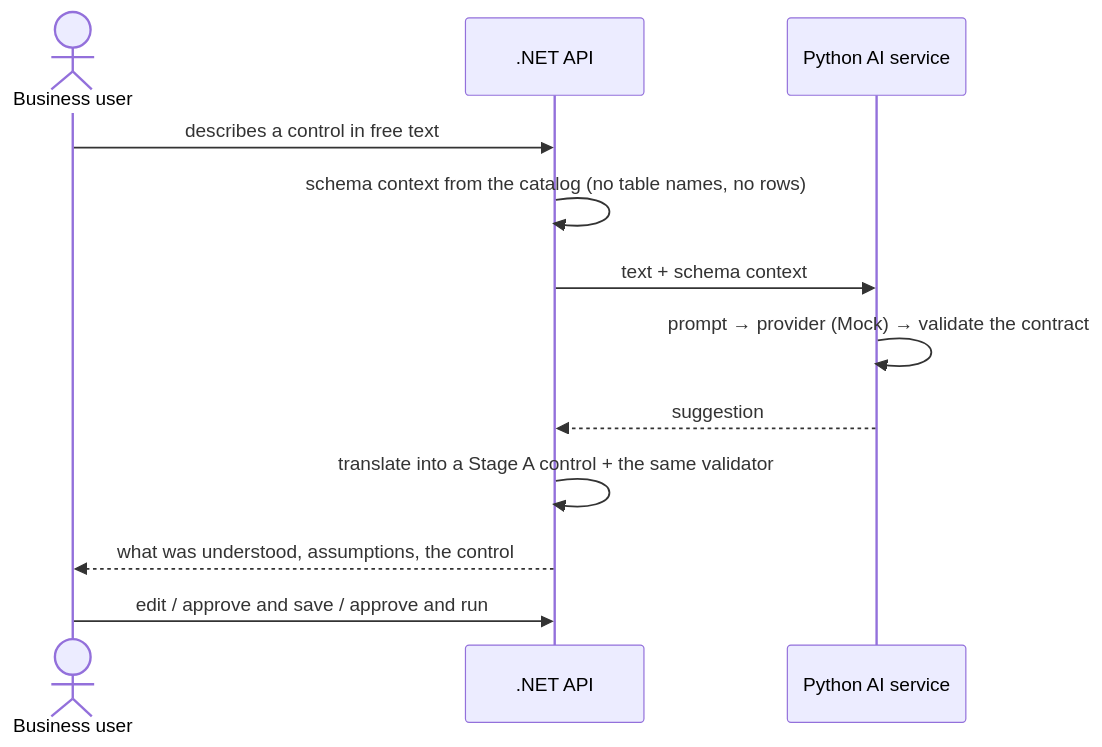
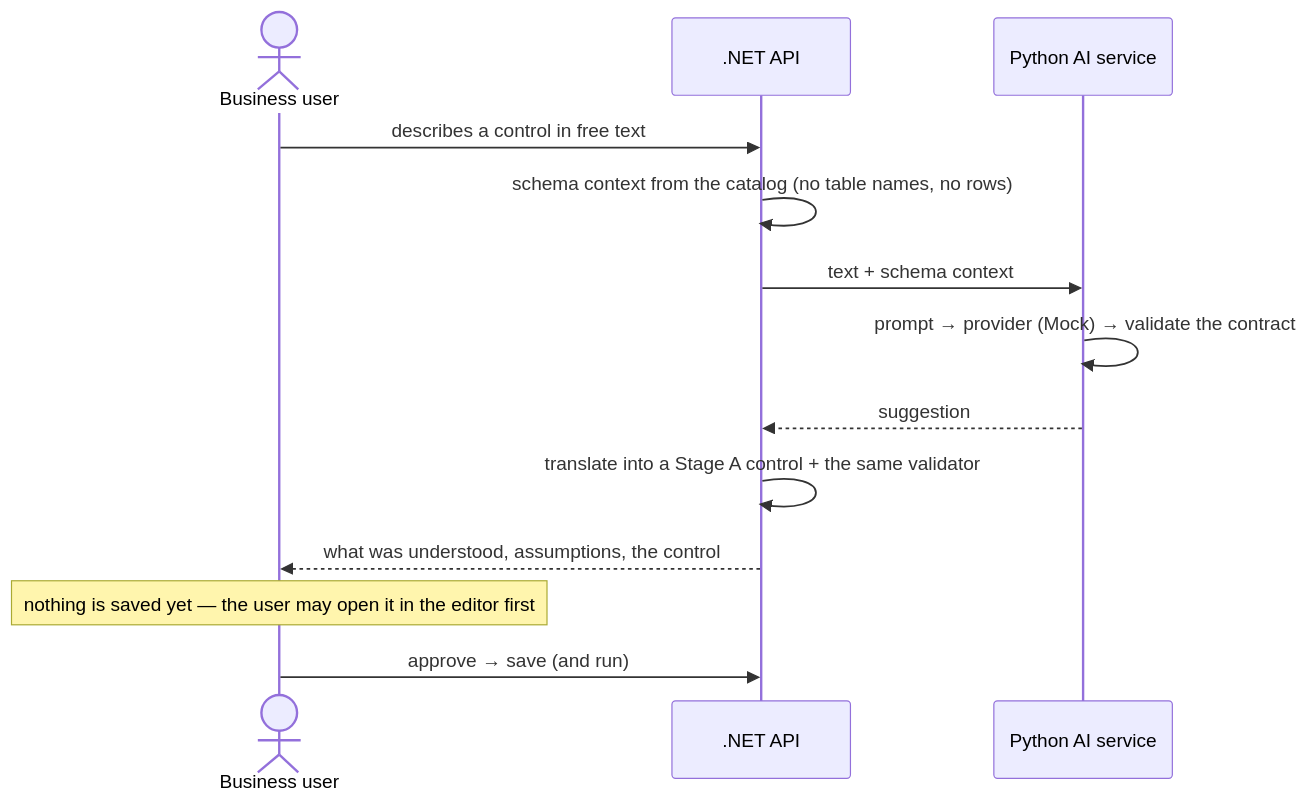
One commit to rachel726/data-controls-system changed the first of 2 diagrams in docs/AI-STAGE-B.md. Above: the diagram before and after it, drawn with Mermaid.

Commit message:
Docs: Stage B flow - editing stays in the editor; only approval reaches the server

````diff
--- a/docs/AI-STAGE-B.md
+++ b/docs/AI-STAGE-B.md
@@ -21,14 +21,15 @@
 ```mermaid
 sequenceDiagram
     actor U as Business user
     participant N as .NET API
     participant P as Python AI service
     U->>N: describes a control in free text
     N->>N: schema context from the catalog (no table names, no rows)
     N->>P: text + schema context
     P->>P: prompt → provider (Mock) → validate the contract
     P-->>N: suggestion
     N->>N: translate into a Stage A control + the same validator
     N-->>U: what was understood, assumptions, the control
-    U->>N: edit / approve and save / approve and run
+    Note over U: nothing is saved yet — the user may open it in the editor first
+    U->>N: approve → save (and run)
 ```
````
